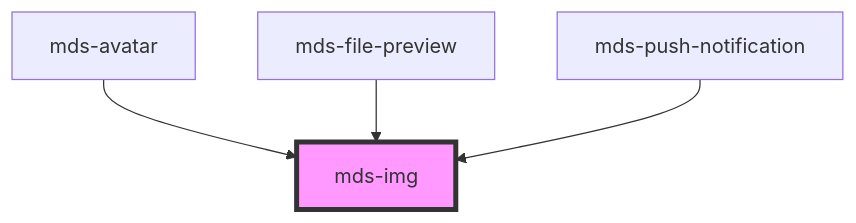
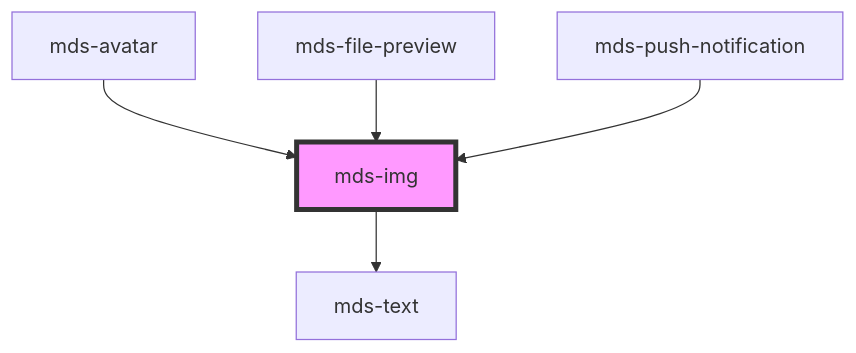
One commit to magma-design-system/magma changed the diagram in projects/stencil/src/components/mds-img/readme.md. Above: the diagram before and after it, drawn with Mermaid. The commit also changed other lines of this file and 7 other files, not shown here.

Commit message:
feat(mds-img): adds consumption behaviour to component

````diff
--- a/projects/stencil/src/components/mds-img/readme.md
+++ b/projects/stencil/src/components/mds-img/readme.md
@@ -50,7 +55,8 @@
 ```mermaid
 graph TD;
+  mds-img --> mds-text
   mds-avatar --> mds-img
   mds-file-preview --> mds-img
   mds-push-notification --> mds-img
   style mds-img fill:#f9f,stroke:#333,stroke-width:4px
 ```
````
